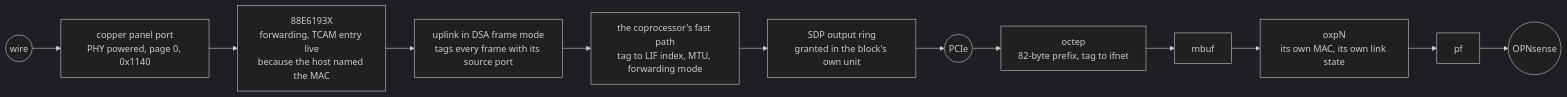
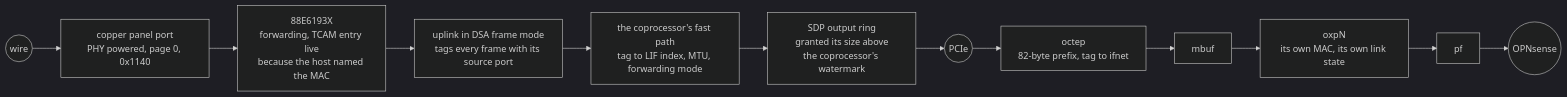
Before and after one commit to AbdelmonemAwad/os-xgs-npu: the second of 2 diagrams in docs/the-road.md, drawn with Mermaid (dark theme). The commit also changed other lines of this file and 15 other files, not shown here.

First line of the commit message:
A receive ring is granted its own size above the coprocessor's watermark: a full ring stops the block instead of being written round (#324)

````diff
--- a/docs/the-road.md
+++ b/docs/the-road.md
@@ -128,14 +128,14 @@
 ```mermaid
 flowchart LR
     W(("wire")) --> P1["copper panel port<br/>PHY powered, page 0, 0x1140"]
     P1 --> SW["88E6193X<br/>forwarding, TCAM entry live<br/>because the host named the MAC"]
     SW --> DSA["uplink in DSA frame mode<br/>tags every frame with its source port"]
     DSA --> FP["the coprocessor's fast path<br/>tag to LIF index, MTU, forwarding mode"]
-    FP --> RING["SDP output ring<br/>granted in the block's own unit"]
+    FP --> RING["SDP output ring<br/>granted its size above<br/>the coprocessor's watermark"]
     RING --> PCI(("PCIe"))
     PCI --> DRV["octep<br/>82-byte prefix, tag to ifnet"]
     DRV --> MB["mbuf"]
     MB --> IF["oxpN<br/>its own MAC, its own link state"]
     IF --> PF["pf"]
     PF --> OS(("OPNsense"))
 ```
````
